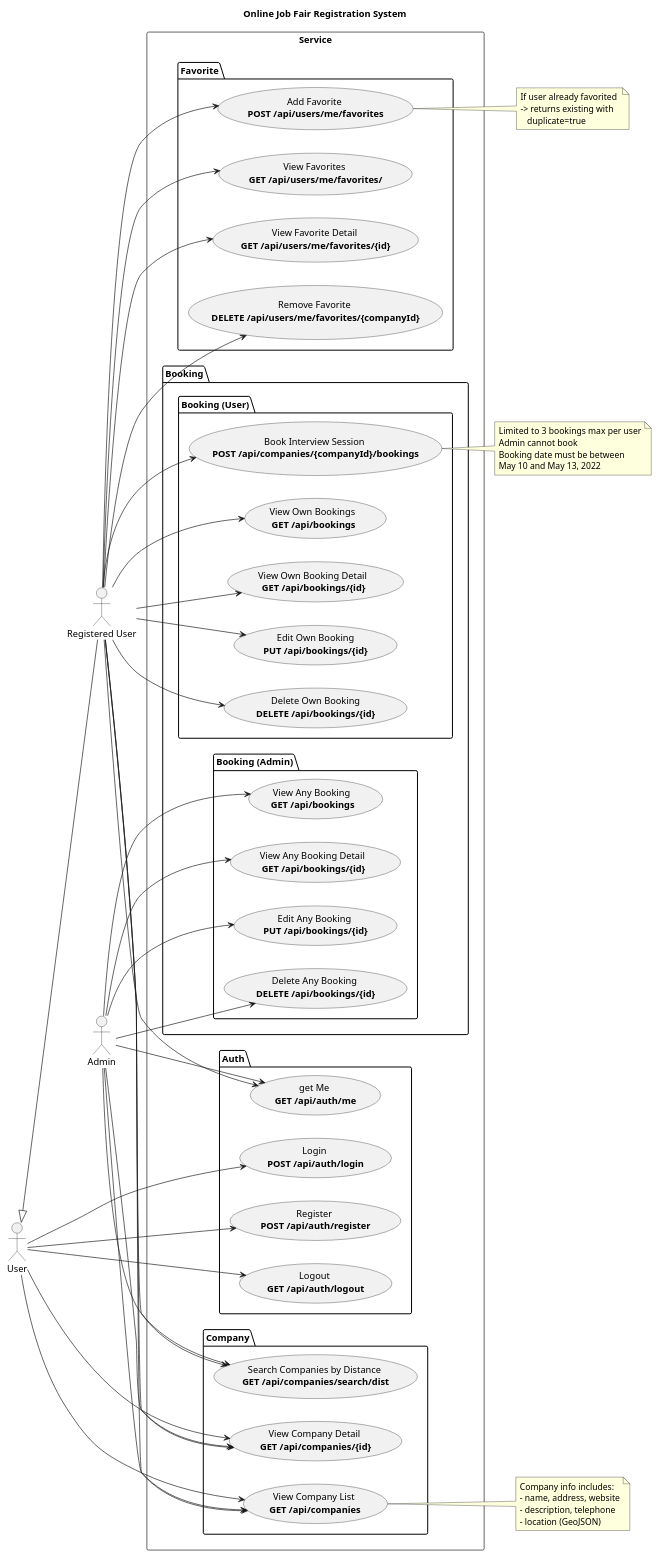
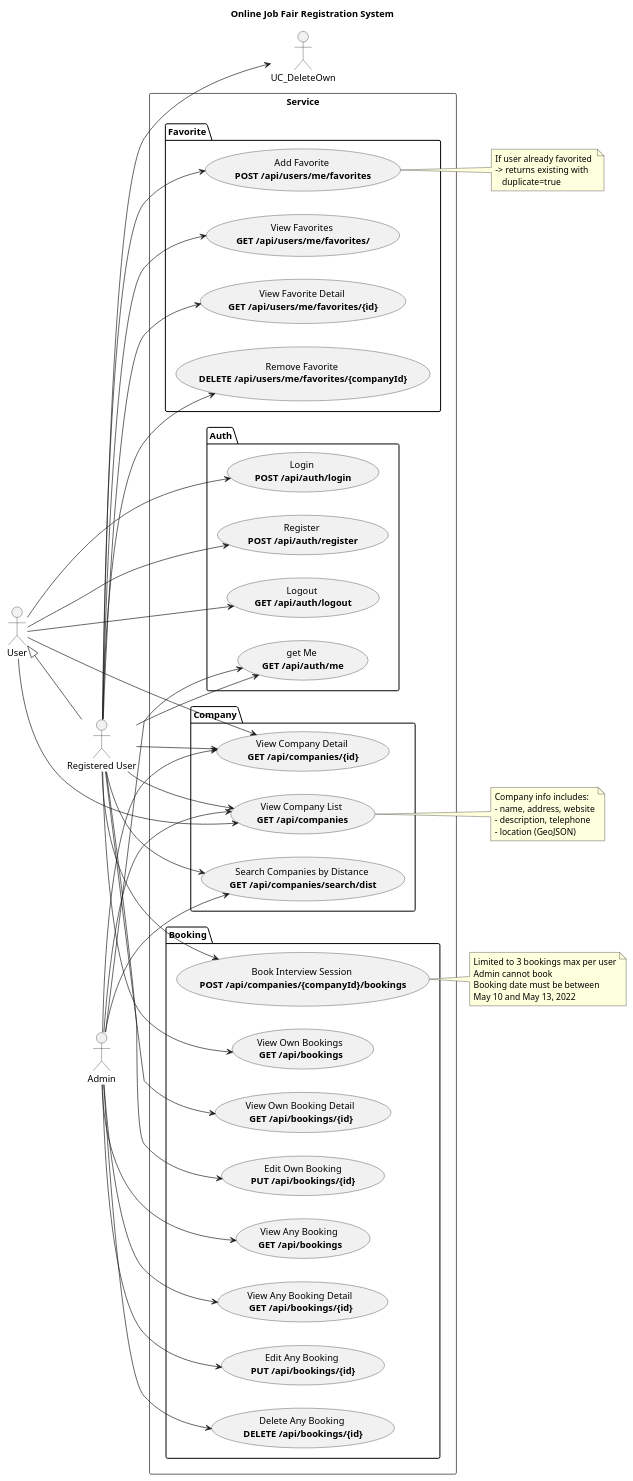
Before and after one commit to 098ff/ArtmaybeDEV: the diagram in docs/diagram/usecase.puml, drawn with PlantUML. The commit also changed 4 other files, not shown here.

```diff
--- a/docs/diagram/usecase.puml
+++ b/docs/diagram/usecase.puml
@@ -1,105 +1,97 @@
 @startuml
 title Online Job Fair Registration System
 left to right direction
 skinparam shadowing false
 
 actor User
 actor "Registered User" as Reg
 actor Admin
 
 User <|-- Reg
 
 rectangle "Service" {
 
   package "Auth" {
     usecase "Login \n<b>POST /api/auth/login" as UC_Login
     usecase "Register \n<b>POST /api/auth/register" as UC_Register
     usecase "Logout \n<b>GET /api/auth/logout" as UC_Logout
     usecase "get Me \n<b>GET /api/auth/me" as UC_GetMe
   }
   
   package "Company" {
     usecase "View Company List \n<b>GET /api/companies" as UC_Companies
     usecase "View Company Detail \n<b>GET /api/companies/{id}" as UC_CompanyDetail
     usecase "Search Companies by Distance \n<b>GET /api/companies/search/dist" as UC_CompanyDist
   }
   ' User
   package "Booking" {
-
-    package "Booking (User)" {
       usecase "Book Interview Session \n<b>POST /api/companies/{companyId}/bookings" as UC_Book
       usecase "View Own Bookings \n<b>GET /api/bookings" as UC_ViewOwn
       usecase "View Own Booking Detail \n<b>GET /api/bookings/{id}" as UC_ViewOwnDetail
       usecase "Edit Own Booking\n<b>PUT /api/bookings/{id}" as UC_EditOwn
-      usecase "Delete Own Booking\n<b>DELETE /api/bookings/{id}" as UC_DeleteOwn
-    }
-
-    package "Booking (Admin)" { 
       usecase "View Any Booking \n<b>GET /api/bookings" as UC_ViewAny
       usecase "View Any Booking Detail \n<b>GET /api/bookings/{id}" as UC_ViewAnyDetail
       usecase "Edit Any Booking \n<b>PUT /api/bookings/{id}" as UC_EditAny
       usecase "Delete Any Booking \n<b>DELETE /api/bookings/{id}" as UC_DeleteAny
-    }
   }
 
 
   package "Favorite" {
     usecase "Add Favorite \n<b>POST /api/users/me/favorites" as UC_FavAdd
     usecase "View Favorites \n<b>GET /api/users/me/favorites/" as UC_FavList
     usecase "View Favorite Detail \n<b>GET /api/users/me/favorites/{id}" as UC_FavDetail
     usecase "Remove Favorite \n<b>DELETE /api/users/me/favorites/{companyId}" as UC_FavDel
   }
 
-  'admin
 }
 
 User --> UC_Login
 User --> UC_Register
 User --> UC_Logout
 User --> UC_Companies
 User --> UC_CompanyDetail
 
 Reg --> UC_GetMe
 Reg --> UC_Book
 Reg --> UC_ViewOwn
 Reg --> UC_EditOwn
 Reg --> UC_DeleteOwn
 Reg --> UC_Companies
 Reg --> UC_CompanyDetail
 Reg --> UC_CompanyDist
 Reg --> UC_FavAdd
 Reg --> UC_FavList
 Reg --> UC_FavDel
 Reg --> UC_FavDetail
 Reg --> UC_ViewOwnDetail
 
 Admin --> UC_GetMe
 Admin --> UC_ViewAny
 Admin --> UC_EditAny
 Admin --> UC_DeleteAny
 Admin --> UC_Companies
 Admin --> UC_CompanyDetail
 Admin --> UC_CompanyDist
 Admin --> UC_ViewAnyDetail
 
 note right of UC_Book
   Limited to 3 bookings max per user
   Admin cannot book
   Booking date must be between 
   May 10 and May 13, 2022
 end note
 
 note right of UC_Companies
   Company info includes:
   - name, address, website
   - description, telephone
   - location (GeoJSON)
 end note
 
 note right of UC_FavAdd
   If user already favorited 
   -> returns existing with 
      duplicate=true
 end note
 
 @enduml
```
